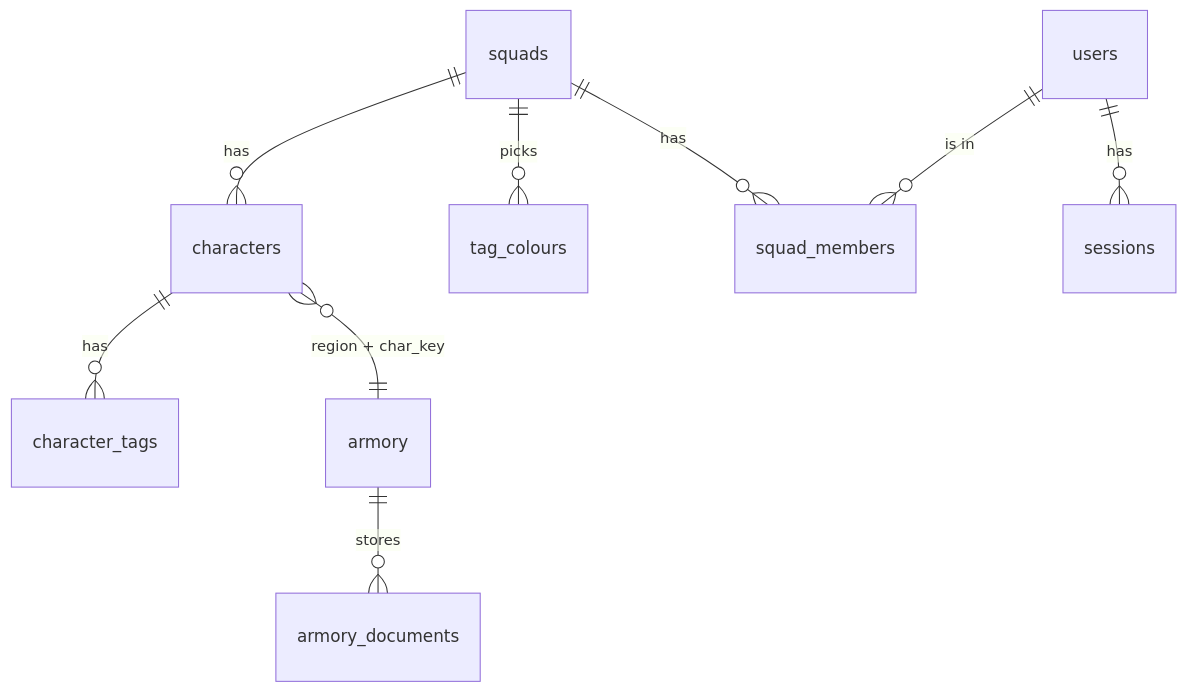
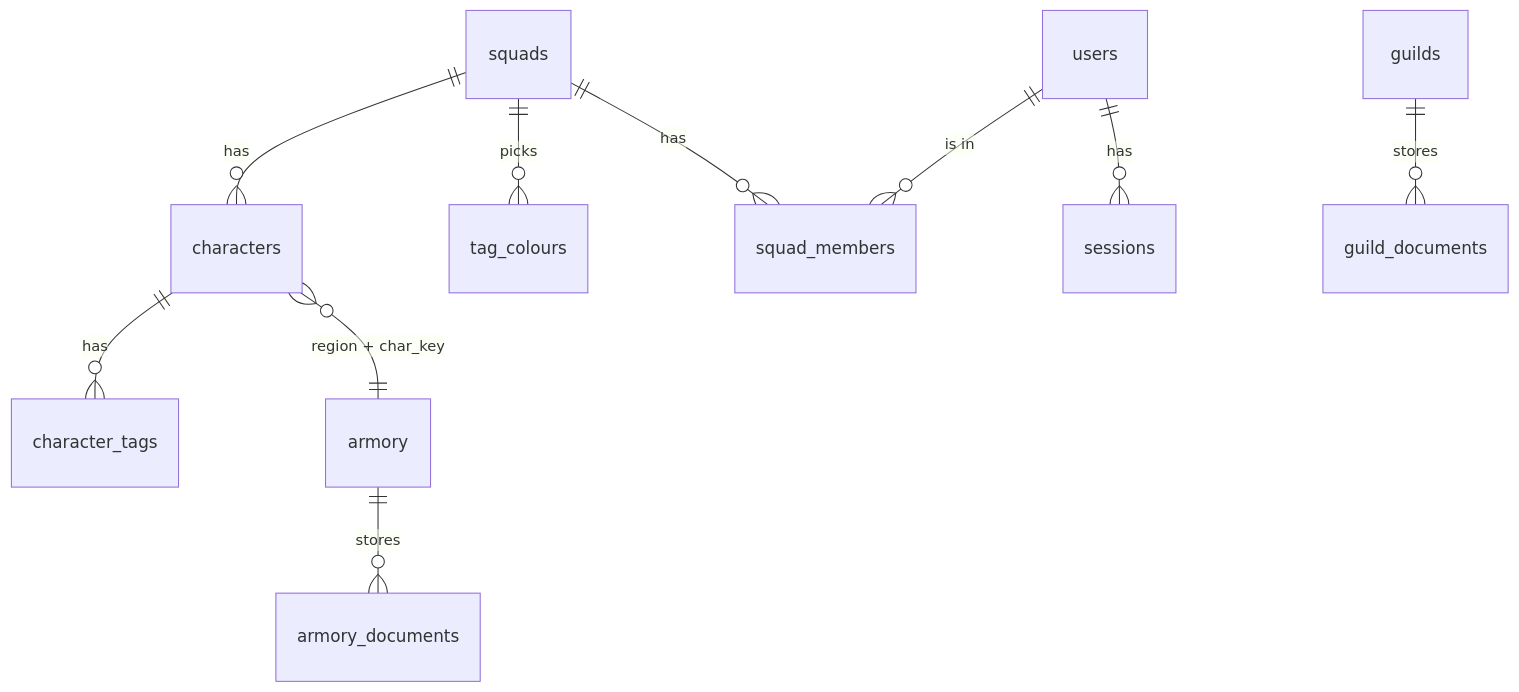
The diagram in docs/design.md (tinnet/zesquad), drawn with Mermaid before and after one commit. The commit also changed other lines of this file and 19 other files, not shown here.

````diff
--- a/docs/design.md
+++ b/docs/design.md
@@ -18,11 +18,12 @@
 ```mermaid
 erDiagram
     squads ||--o{ characters : has
     squads ||--o{ tag_colours : picks
     characters ||--o{ character_tags : has
     characters }o--|| armory : "region + char_key"
     armory ||--o{ armory_documents : stores
     squads ||--o{ squad_members : has
     users ||--o{ squad_members : "is in"
     users ||--o{ sessions : has
+    guilds ||--o{ guild_documents : stores
 ```
````
